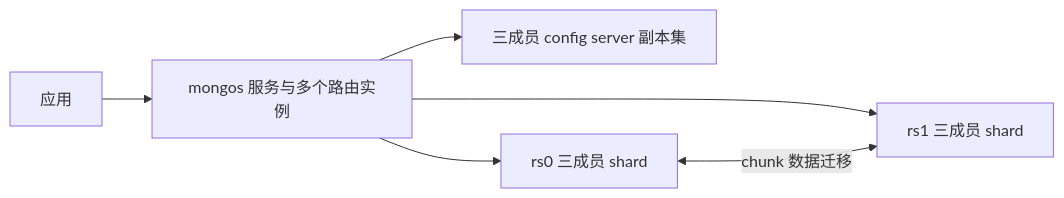
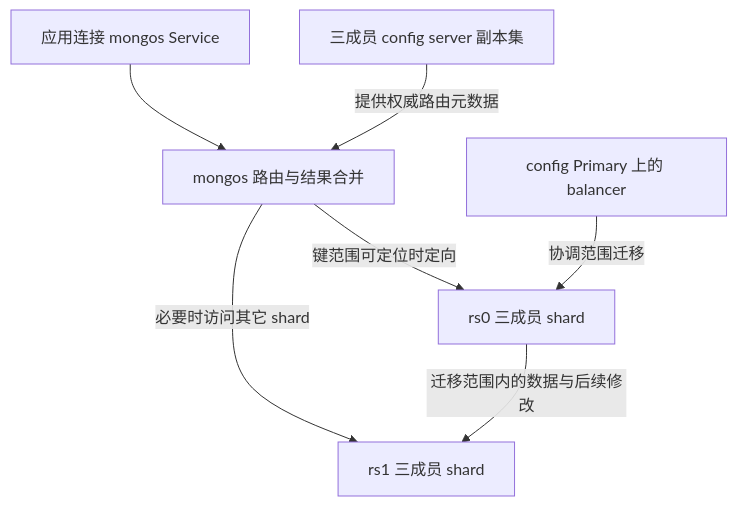
One commit to brinnatt/kubeauto changed the fifth of 9 diagrams in docs/middleware/mongodb/technical-whitepaper.md. Above: the diagram before and after it, drawn with Mermaid. The commit also changed other lines of this file and 3 other files, not shown here.

````diff
--- a/docs/middleware/mongodb/technical-whitepaper.md
+++ b/docs/middleware/mongodb/technical-whitepaper.md
@@ -52,8 +175,9 @@
 ```mermaid
-flowchart LR
-    Client[应用] --> Router[mongos 服务与多个路由实例]
-    Router --> Config[三成员 config server 副本集]
-    Router --> RS0[rs0 三成员 shard]
-    Router --> RS1[rs1 三成员 shard]
-    RS0 <-->|chunk 数据迁移| RS1
+flowchart TB
+    App[应用连接 mongos Service] --> Router[mongos 路由与结果合并]
+    Config[三成员 config server 副本集] -->|提供权威路由元数据| Router
+    Router -->|键范围可定位时定向| RS0[rs0 三成员 shard]
+    Router -->|必要时访问其它 shard| RS1[rs1 三成员 shard]
+    RS0 -->|迁移范围内的数据与后续修改| RS1
+    Balancer[config Primary 上的 balancer] -->|协调范围迁移| RS0
 ```
````
